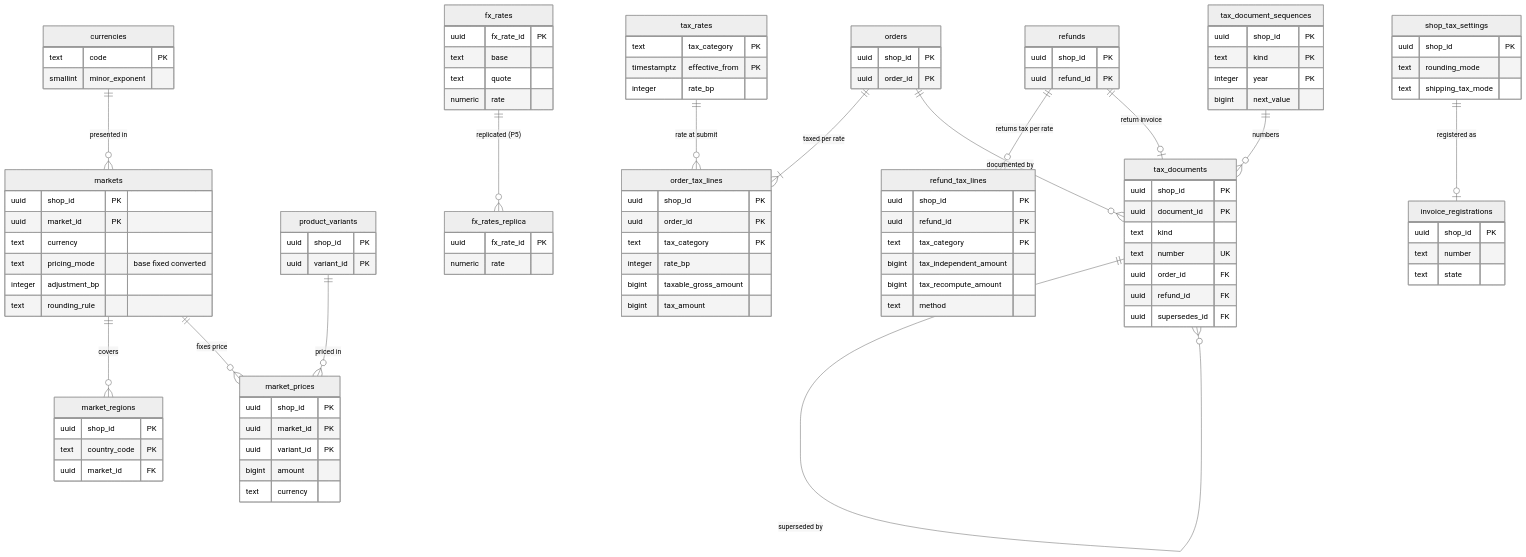
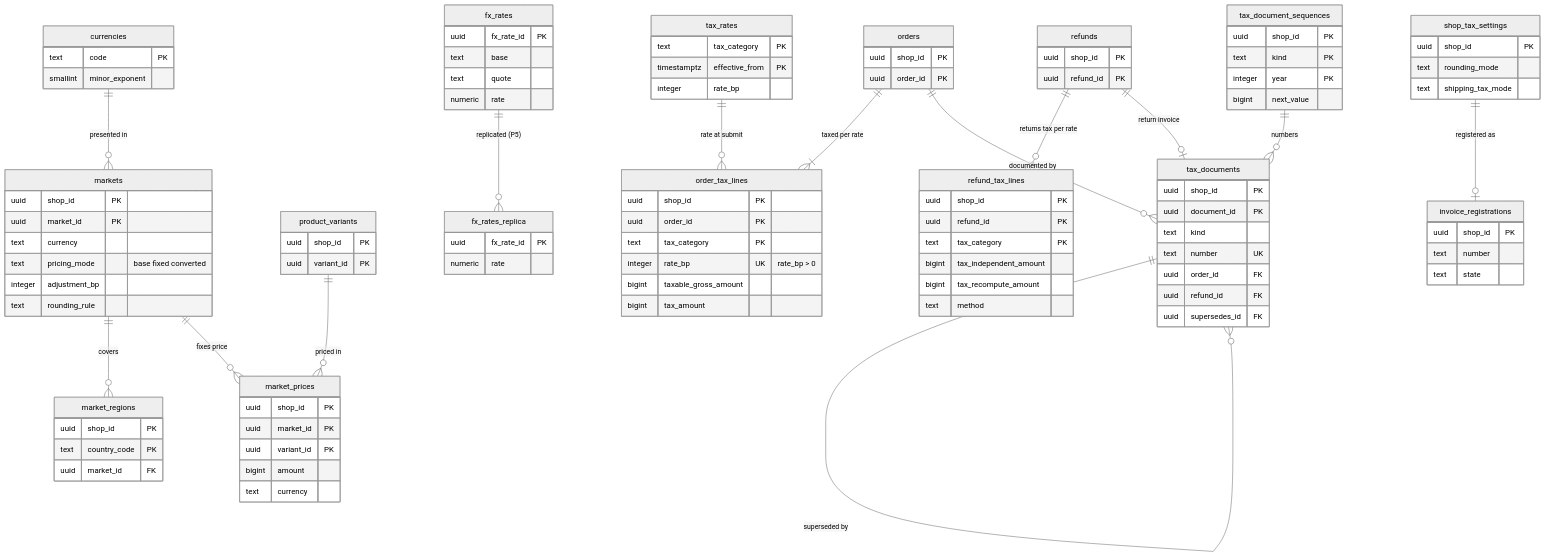
Before and after one commit to shoito/rebuilds: the diagram in systems/shopify/docs/architecture/data-model/pricing-taxes-and-invoices.md, drawn with Mermaid (neutral theme). The commit also changed 8 other files, not shown here.

```diff
--- a/systems/shopify/docs/architecture/data-model/pricing-taxes-and-invoices.md
+++ b/systems/shopify/docs/architecture/data-model/pricing-taxes-and-invoices.md
@@ -81,7 +81,7 @@
         uuid shop_id PK
         uuid order_id PK
         text tax_category PK
-        integer rate_bp
+        integer rate_bp UK "rate_bp > 0"
         bigint taxable_gross_amount
         bigint tax_amount
     }
```
